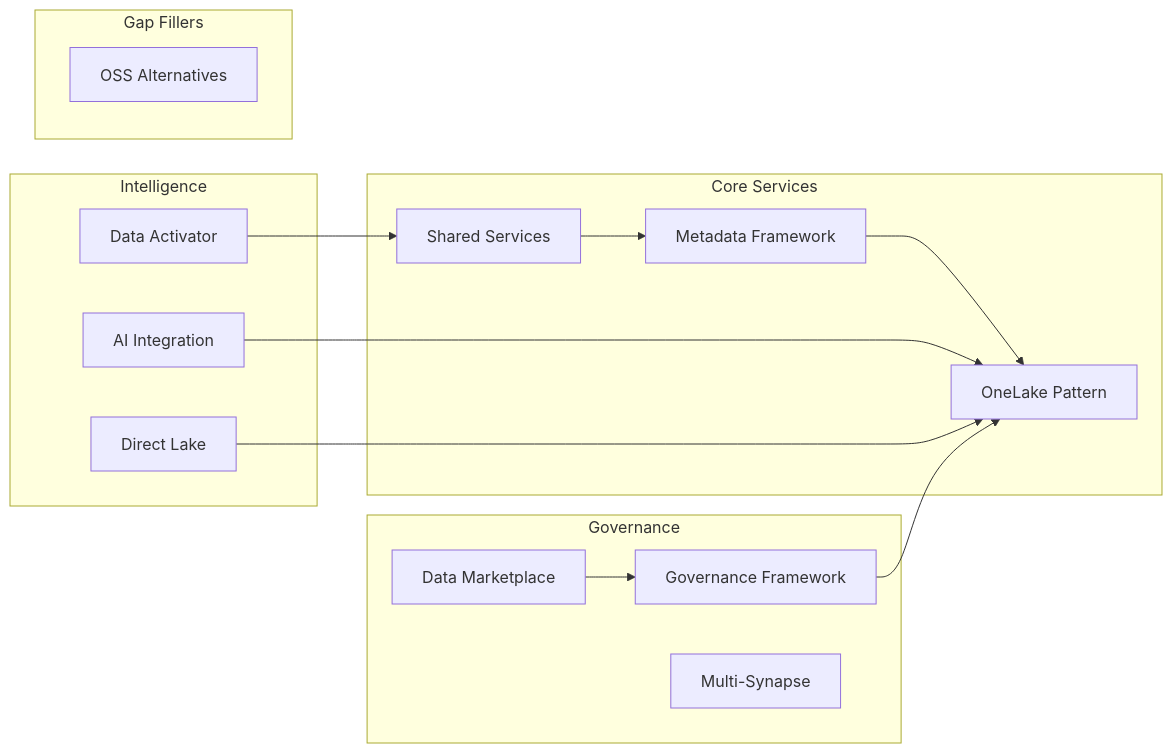
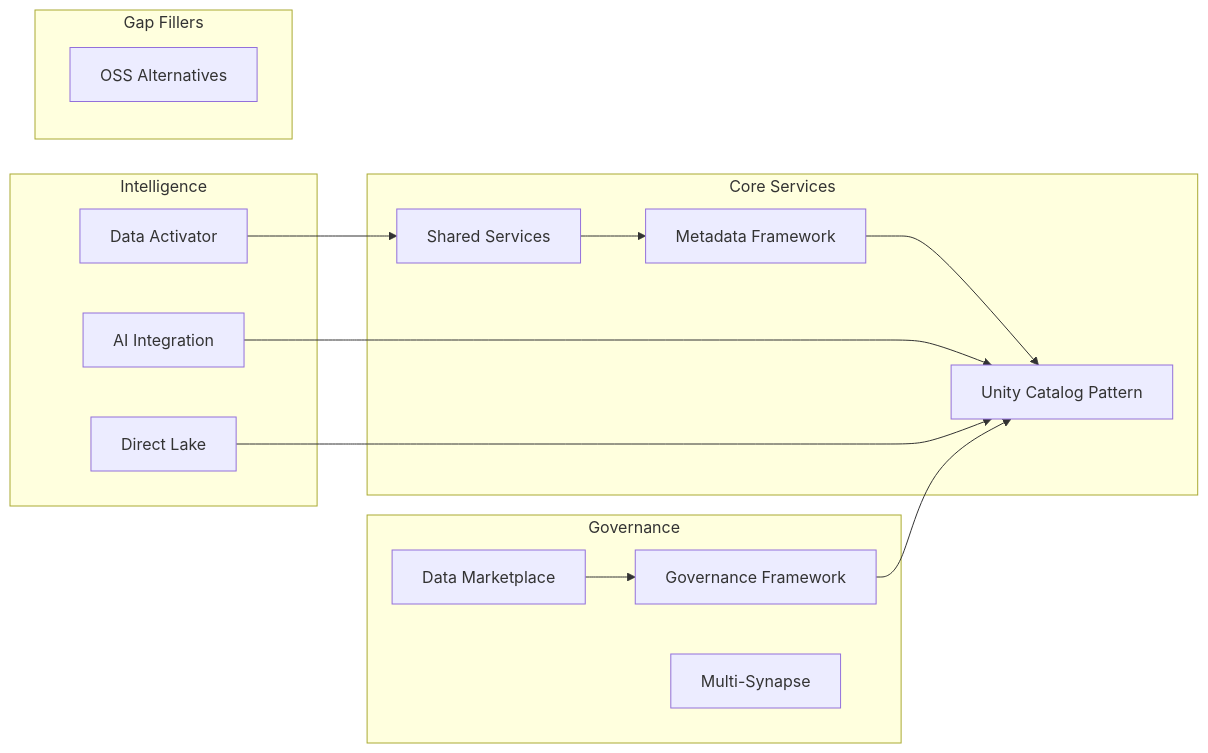
One commit to fgarofalo56/csa-inabox changed the diagram in docs/PLATFORM_SERVICES.md. Above: the diagram before and after it, drawn with Mermaid. The commit also changed other lines of this file and 836 other files, not shown here.

````diff
--- a/docs/PLATFORM_SERVICES.md
+++ b/docs/PLATFORM_SERVICES.md
@@ -34,32 +36,32 @@
 ```mermaid
 graph LR
     subgraph "Core Services"
-        OL[OneLake Pattern]
+        OL[Unity Catalog Pattern]
         MF[Metadata Framework]
         SS[Shared Services]
     end
 
     subgraph "Intelligence"
         AI[AI Integration]
         DA[Data Activator]
         DL[Direct Lake]
     end
 
     subgraph "Governance"
         DM[Data Marketplace]
         GV[Governance Framework]
         MS[Multi-Synapse]
     end
 
     subgraph "Gap Fillers"
         OSS[OSS Alternatives]
     end
 
     MF --> OL
     SS --> MF
     AI --> OL
     DA --> SS
     DL --> OL
     DM --> GV
     GV --> OL
 ```
````
